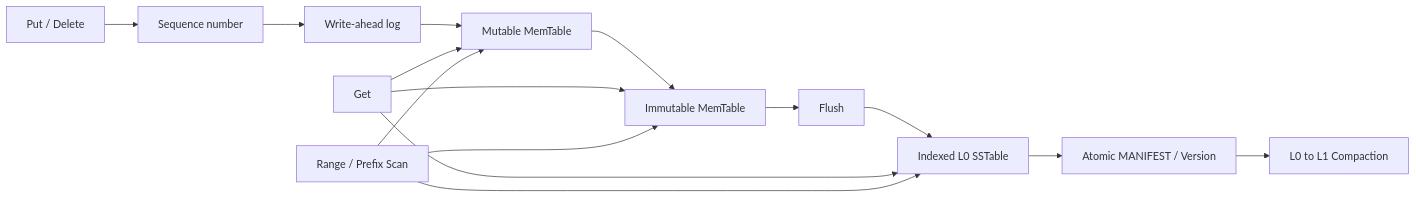
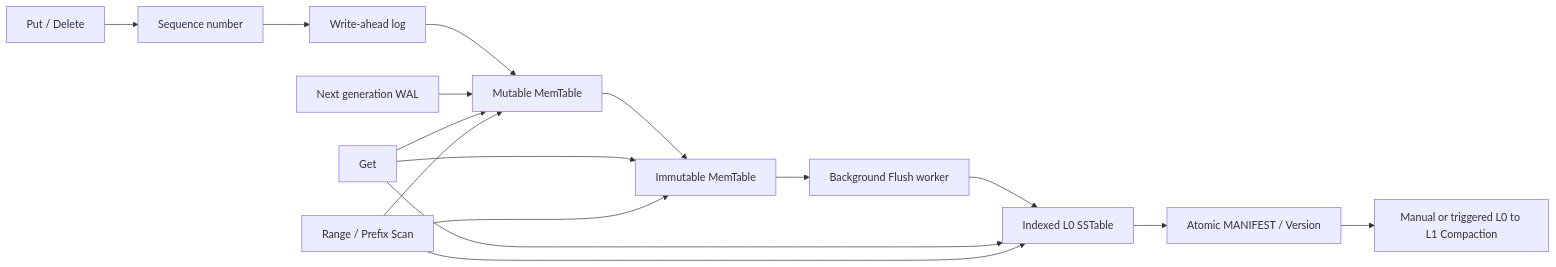
Before and after one commit to tdkjsmr/MiniKV-Storage-Engine: the diagram in README.md, drawn with Mermaid. The commit also changed other lines of this file and 10 other files, not shown here.

````diff
--- a/README.md
+++ b/README.md
@@ -460,18 +557,20 @@
 ```mermaid
 flowchart LR
     W[Put / Delete] --> Q[Sequence number]
     Q --> L[Write-ahead log]
     L --> M[Mutable MemTable]
     M --> I[Immutable MemTable]
-    I --> F[Flush]
+    I --> F[Background Flush worker]
     F --> S[Indexed L0 SSTable]
     S --> V[Atomic MANIFEST / Version]
-    V --> C[L0 to L1 Compaction]
+    V --> C[Manual or triggered L0 to L1 Compaction]
+
+    N[Next generation WAL] --> M
 
     R[Get] --> M
     R --> I
     R --> S
     X[Range / Prefix Scan] --> M
     X --> I
     X --> S
 ```
````
